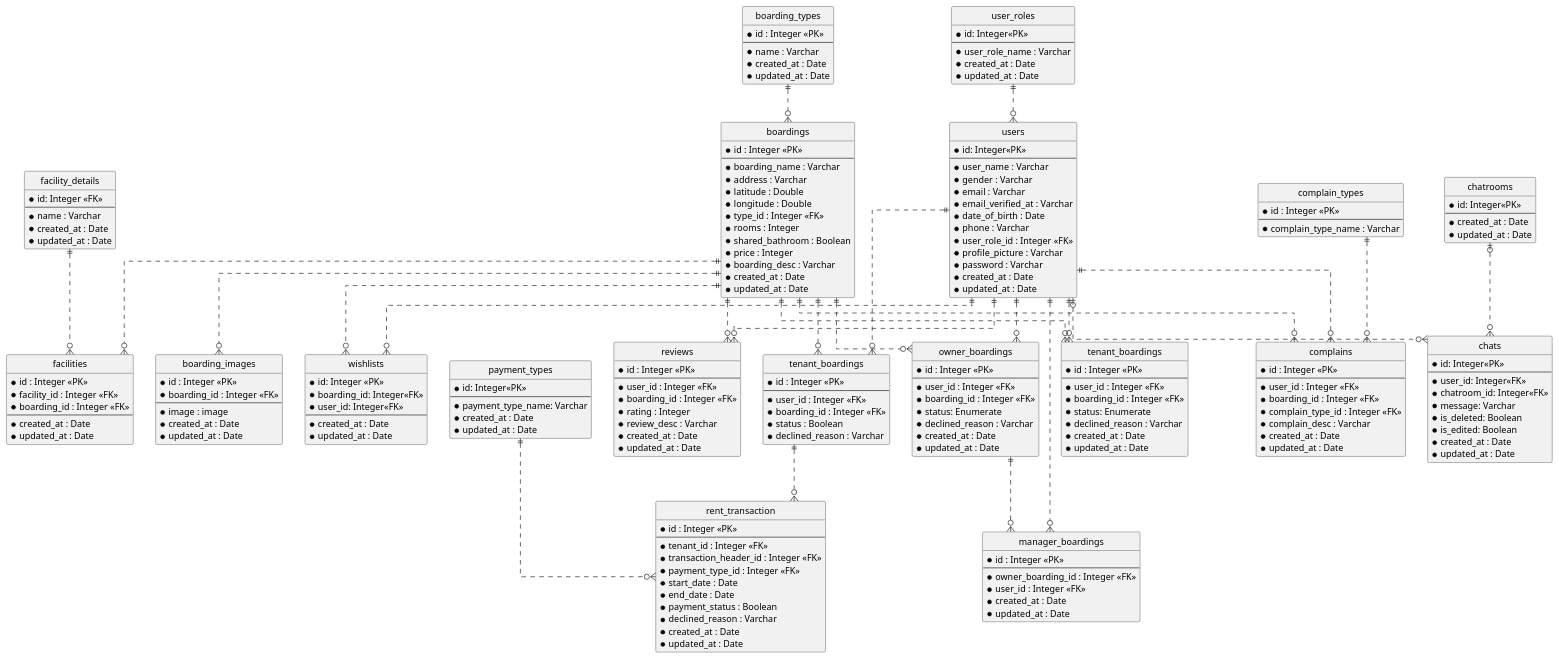
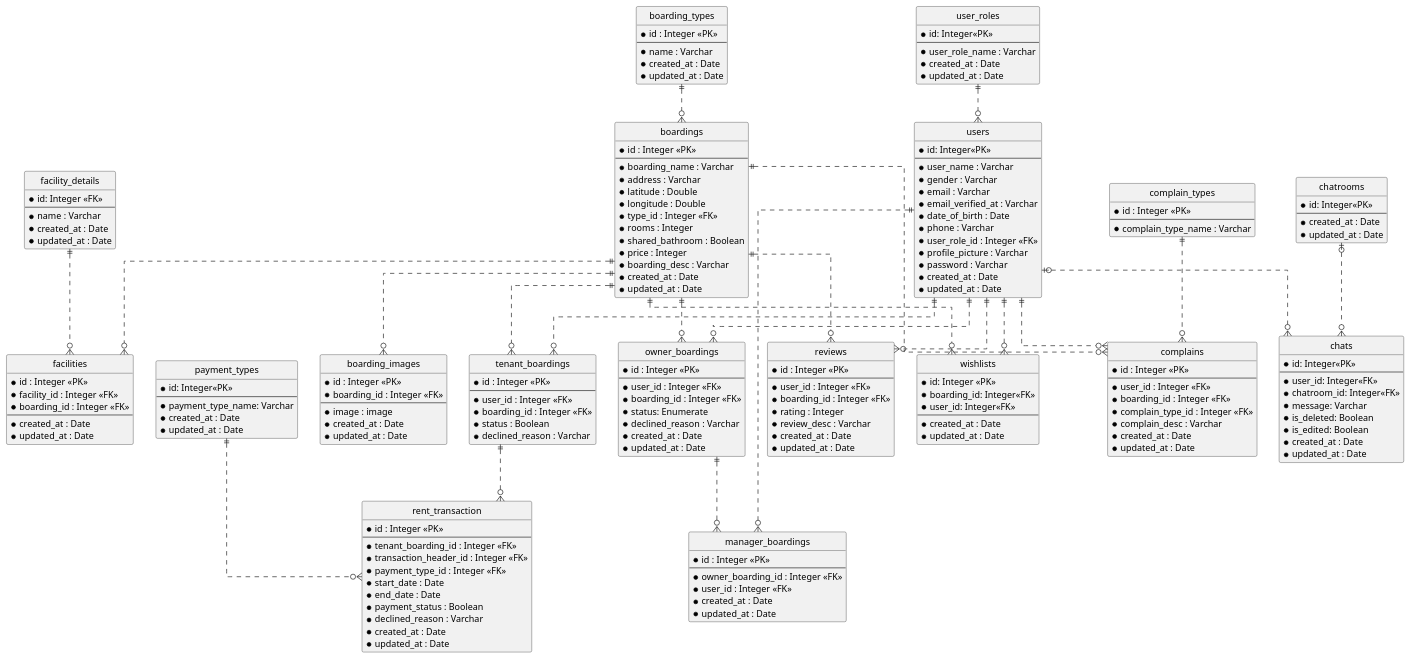
Before and after one commit to AntWort21/BHFMS: the diagram in Design/BHFMS_ERD.puml, drawn with PlantUML. The commit also changed 2 other files, not shown here.

```diff
--- a/Design/BHFMS_ERD.puml
+++ b/Design/BHFMS_ERD.puml
@@ -92,7 +92,7 @@
 entity "rent_transaction" as rt {
   *id : Integer <<PK>>
   --
-  *tenant_id : Integer <<FK>>
+  *tenant_boarding_id : Integer <<FK>>
   *transaction_header_id : Integer <<FK>> 
   *payment_type_id : Integer <<FK>>
   *start_date : Date
@@ -111,16 +111,6 @@
 '     *updated_at : Date
 ' }
 
-entity "tenant_boardings" as tenbh {
-  *id : Integer <<PK>>
-  --
-  *user_id : Integer <<FK>>
-  *boarding_id : Integer <<FK>>
-  *status: Enumerate
-  *declined_reason : Varchar
-  *created_at : Date
-  *updated_at : Date
-}
 
 entity "owner_boardings" as lobh {
   *id : Integer <<PK>>
@@ -221,9 +211,6 @@
 usr ||..o{ lobh
 bh ||..o{ lobh
 
-usr ||..o{ tenbh
-bh ||..o{ tenbh
-
 usr ||..o{ mabh
 lobh ||..o{ mabh
 
```
